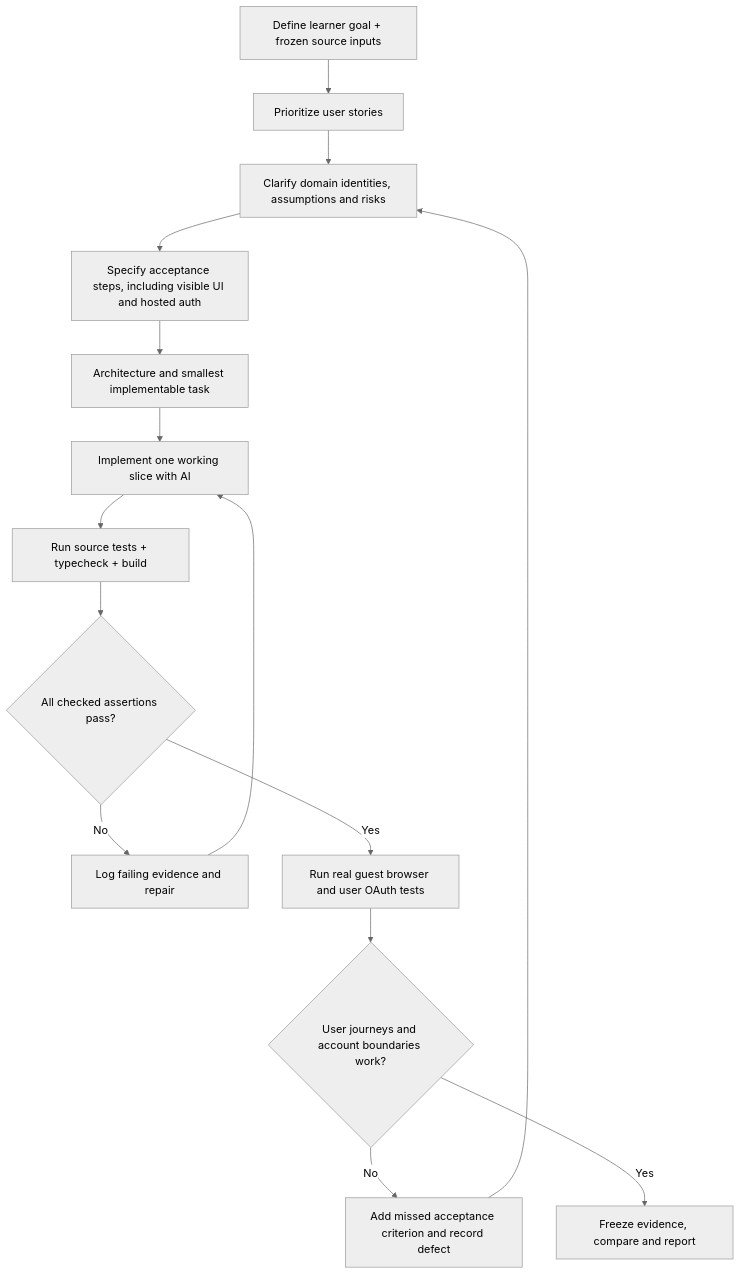
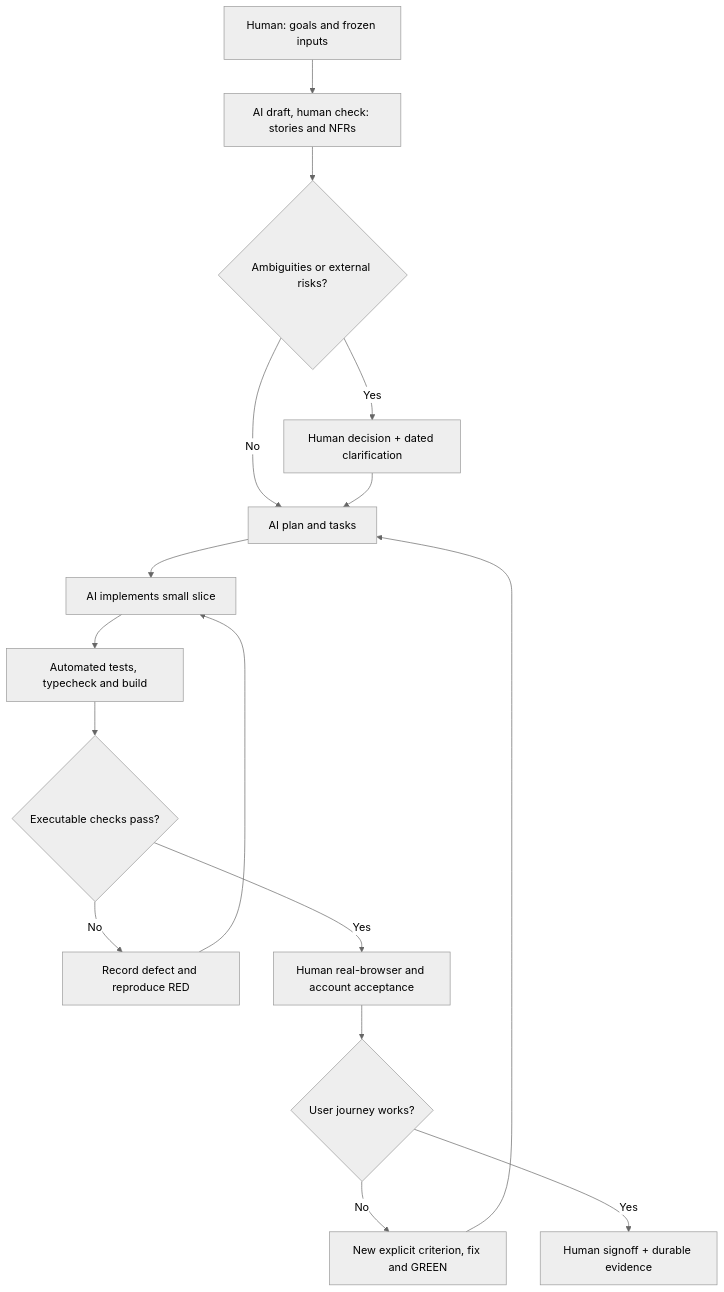
Before and after one commit to alikhalessi/nordljud-software-construction: the second of 2 diagrams in research-evidence/EXPERIENCE_REPORT_REVISED_2026-10-14.md, drawn with Mermaid (neutral theme). The commit also changed other lines of this file, not shown here.

Commit message:
report: restore 6.1 Git prompt integration, 6.2 solo contribution, timeline and 7.4 human-AI phases

````diff
--- a/research-evidence/EXPERIENCE_REPORT_REVISED_2026-10-14.md
+++ b/research-evidence/EXPERIENCE_REPORT_REVISED_2026-10-14.md
@@ -415,17 +475,18 @@
 ```mermaid
 flowchart TD
-    A[Define learner goal + frozen source inputs] --> B[Prioritize user stories]
-    B --> C[Clarify domain identities, assumptions and risks]
-    C --> D[Specify acceptance steps, including visible UI and hosted auth]
-    D --> E[Architecture and smallest implementable task]
-    E --> F[Implement one working slice with AI]
-    F --> G[Run source tests + typecheck + build]
-    G --> H{All checked assertions pass?}
-    H -->|No| I[Log failing evidence and repair]
-    I --> F
-    H -->|Yes| J[Run real guest browser and user OAuth tests]
-    J --> K{User journeys and account boundaries work?}
-    K -->|No| L[Add missed acceptance criterion and record defect]
-    L --> C
-    K -->|Yes| M[Freeze evidence, compare and report]
+  A[Human: goals and frozen inputs] --> B[AI draft, human check: stories and NFRs]
+  B --> C{Ambiguities or external risks?}
+  C -->|Yes| D[Human decision + dated clarification]
+  C -->|No| E[AI plan and tasks]
+  D --> E
+  E --> F[AI implements small slice]
+  F --> G[Automated tests, typecheck and build]
+  G --> H{Executable checks pass?}
+  H -->|No| I[Record defect and reproduce RED]
+  I --> F
+  H -->|Yes| J[Human real-browser and account acceptance]
+  J --> K{User journey works?}
+  K -->|No| L[New explicit criterion, fix and GREEN]
+  L --> E
+  K -->|Yes| M[Human signoff + durable evidence]
 ```
````
